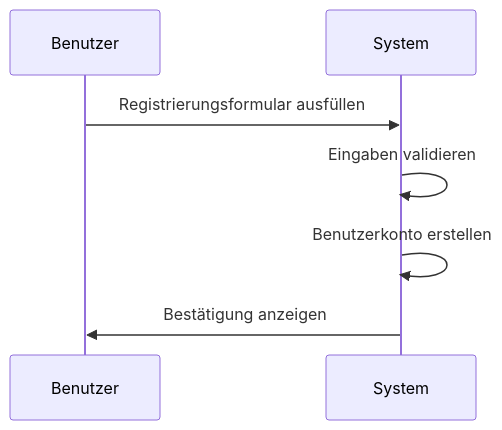
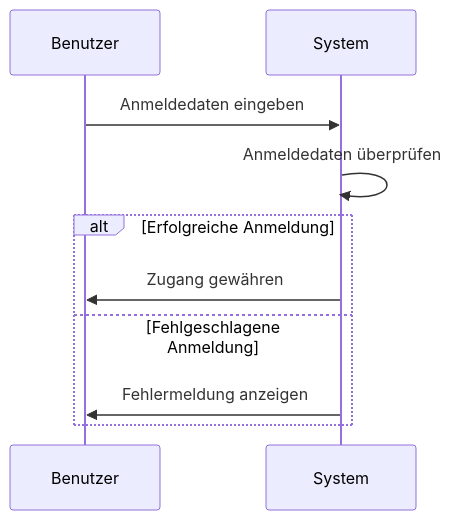
The second of 2 diagrams in documentation/SoftwareRequirementDocumentation.md (AlinaBoess/SoftwareEngineeringProjektTINF23B5), drawn with Mermaid before and after one commit. The commit also changed other lines of this file, not shown here.

````diff
--- a/documentation/SoftwareRequirementDocumentation.md
+++ b/documentation/SoftwareRequirementDocumentation.md
@@ -234,9 +212,12 @@
 ```mermaid
 sequenceDiagram
     participant Benutzer
     participant System
-    Benutzer ->> System: Registrierungsformular ausfüllen
-    System ->> System: Eingaben validieren
-    System ->> System: Benutzerkonto erstellen
-    System ->> Benutzer: Bestätigung anzeigen
+    Benutzer ->> System: Anmeldedaten eingeben
+    System ->> System: Anmeldedaten überprüfen
+    alt Erfolgreiche Anmeldung
+        System ->> Benutzer: Zugang gewähren
+    else Fehlgeschlagene Anmeldung
+        System ->> Benutzer: Fehlermeldung anzeigen
+    end
 ```
````
